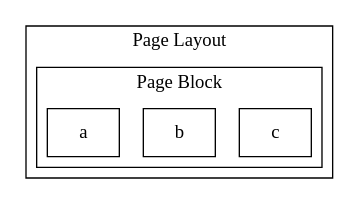
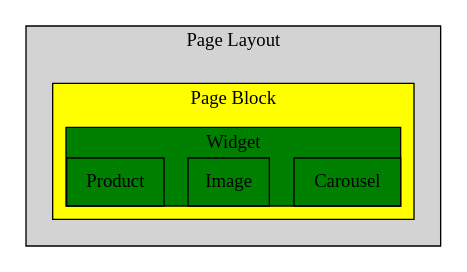
Before and after one commit to wpcfan/lowcode: the diagram in frontend/chap01.md, drawn with Graphviz. The commit also changed other lines of this file, not shown here.

Commit message:
update chap01

````diff
--- a/frontend/chap01.md
+++ b/frontend/chap01.md
@@ -262,17 +269,36 @@
 ```dot
 digraph G {
   rankdir=TD;
   node [shape=box];
+  edge[dir=none];
+  overlap = true;
+
   subgraph cluster_p {
+    margin=20.0;
     label = "Page Layout";
     landscape = true;
+    style = "filled";
+    fillcolor = "lightgrey";
 
     subgraph cluster_c1 {
+      margin=10.0;
       label = "Page Block";
-      c;
-      b;
-      a;
+      style = "filled";
+      fillcolor = "yellow";
+
+      subgraph cluster_c1_1 {
+        margin=0.0;
+        label = "Widget";
+        node [shape=box];
+        edge[dir=none];
+        overlap = true;
+        style = "filled";
+        fillcolor = "green";
+        c1_1_1 [label="Carousel"];
+        c1_1_2 [label="Image"];
+        c1_1_3 [label="Product"];
+      }
     }
   }
 }
 ```
````
